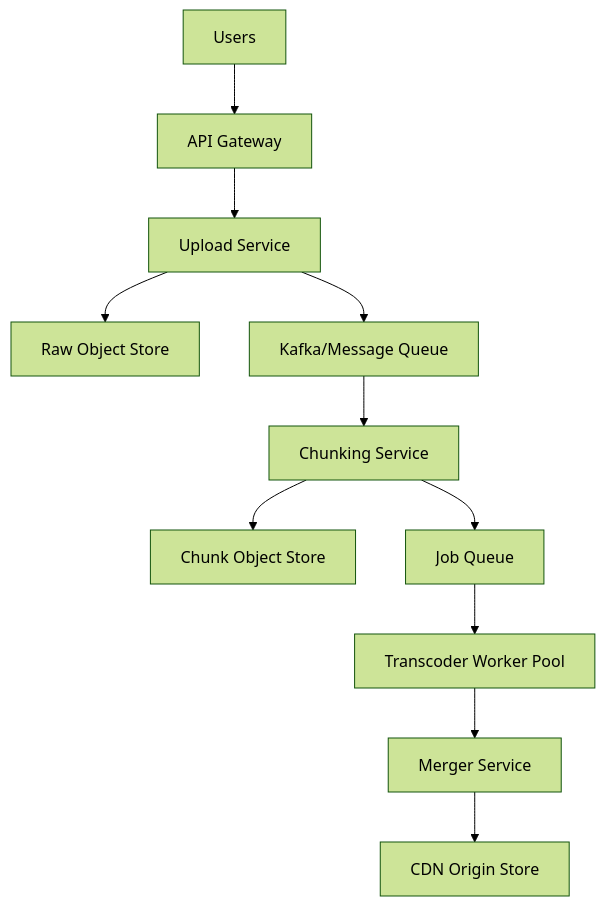
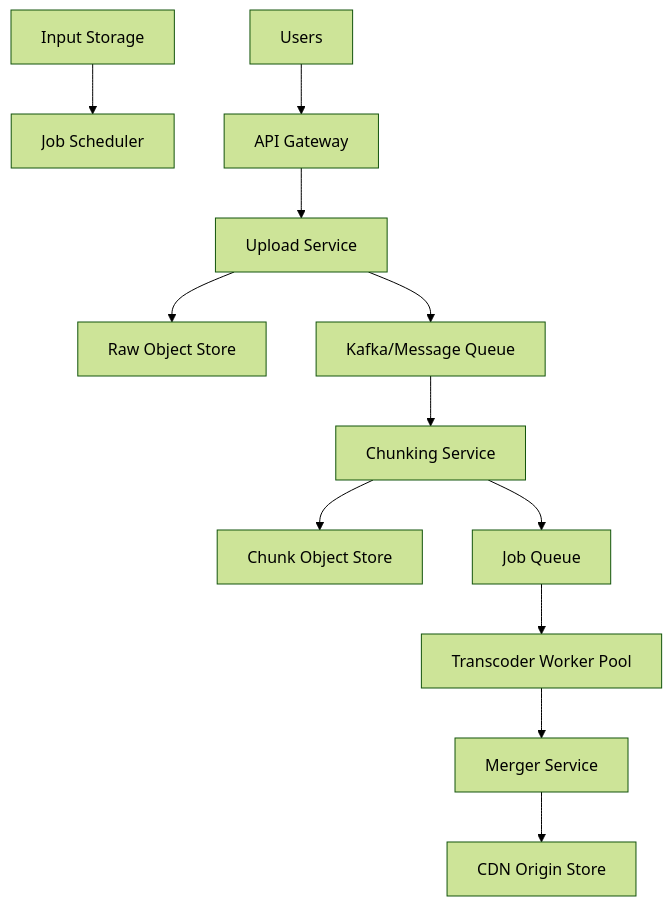
The diagram in site/content/designs/video-transcoding.md (huangsam/systology), drawn with Mermaid (forest theme) before and after one commit. The commit also changed other lines of this file and 2 other files, not shown here.

```diff
--- a/site/content/designs/video-transcoding.md
+++ b/site/content/designs/video-transcoding.md
@@ -32,13 +32,14 @@
 {{< mermaid >}}
 graph TD
+    A[Input Storage] --> B[Job Scheduler]
     Users --> GW[API Gateway]
     GW --> Uploader[Upload Service]
     Uploader --> RawStorage[Raw Object Store]
     Uploader --> Queue[Kafka/Message Queue]
     Queue --> Chunker[Chunking Service]
     Chunker --> ChunkStorage[Chunk Object Store]
     Chunker --> TaskQueue[Job Queue]
     TaskQueue --> Workers[Transcoder Worker Pool]
     Workers --> Merger[Merger Service]
     Merger --> CDNStorage[CDN Origin Store]
 {{< /mermaid >}}
```
